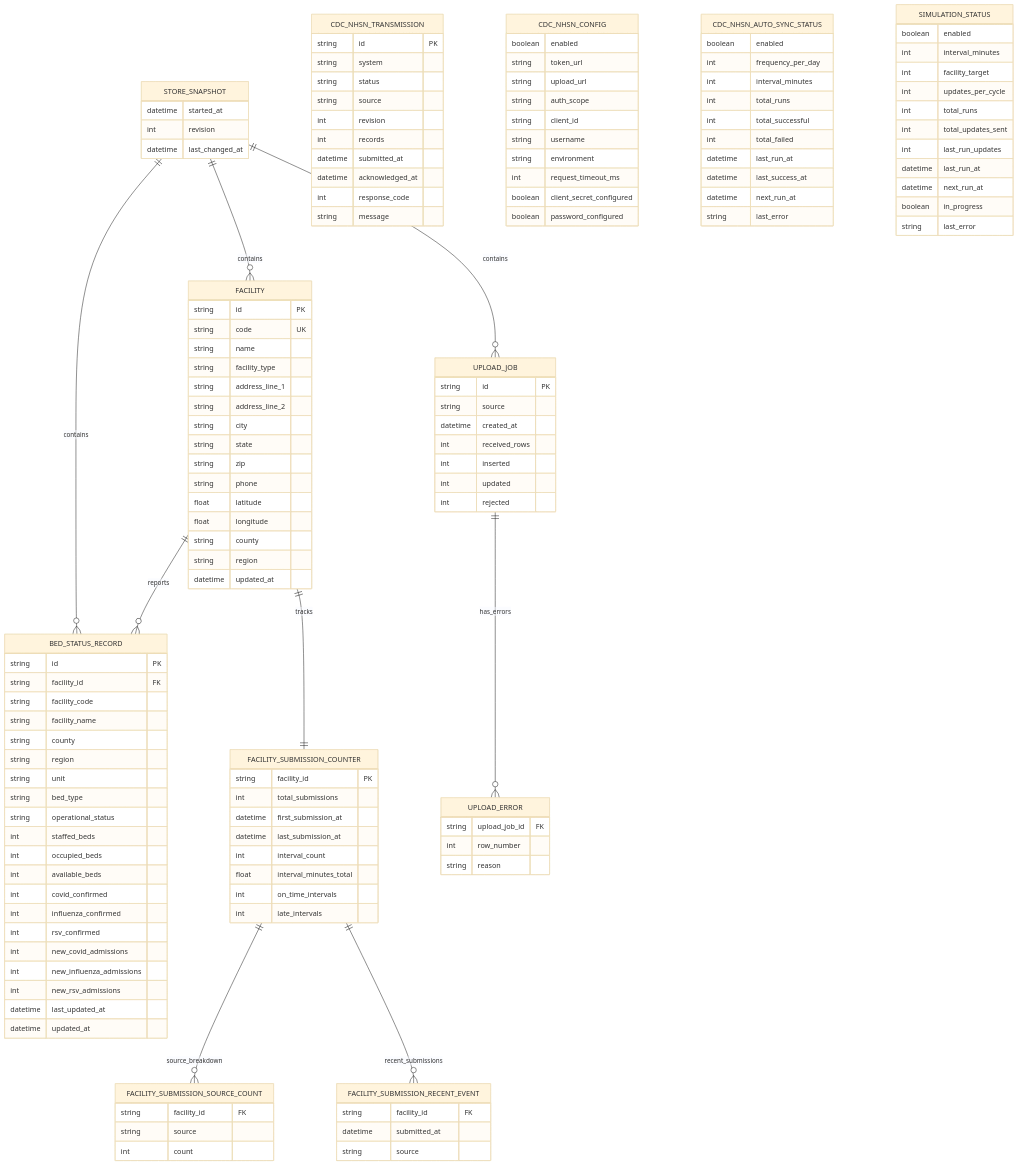
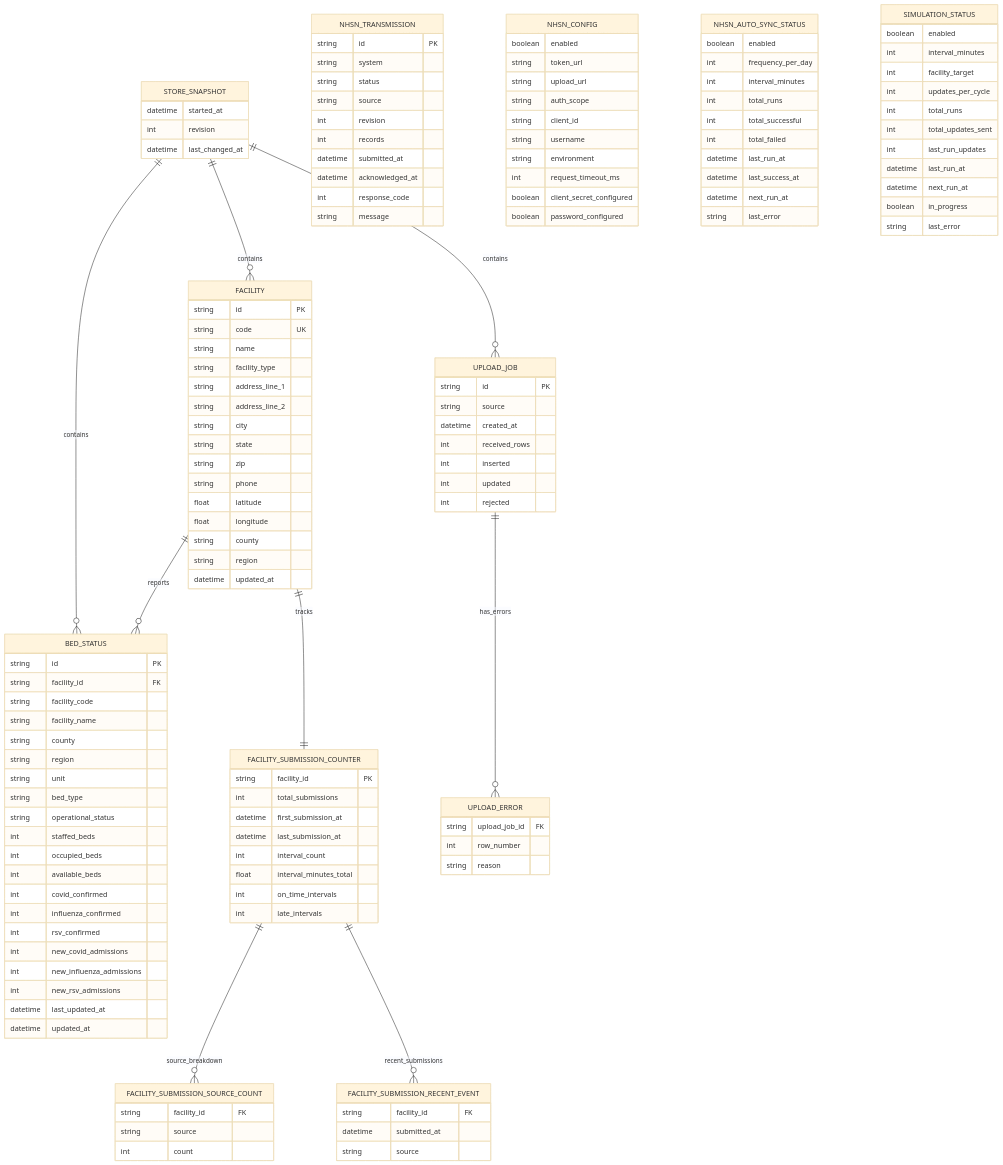
Before and after one commit to mcoen/hbeds: the diagram in docs/data-model-erd.mmd, drawn with Mermaid (base theme). The commit also changed 5 other files, not shown here.

```diff
--- a/docs/data-model-erd.mmd
+++ b/docs/data-model-erd.mmd
@@ -1,148 +1,148 @@
 erDiagram
   FACILITY {
     string id PK
     string code UK
     string name
     string facility_type
     string address_line_1
     string address_line_2
     string city
     string state
     string zip
     string phone
     float latitude
     float longitude
     string county
     string region
     datetime updated_at
   }
 
-  BED_STATUS_RECORD {
+  BED_STATUS {
     string id PK
     string facility_id FK
     string facility_code
     string facility_name
     string county
     string region
     string unit
     string bed_type
     string operational_status
     int staffed_beds
     int occupied_beds
     int available_beds
     int covid_confirmed
     int influenza_confirmed
     int rsv_confirmed
     int new_covid_admissions
     int new_influenza_admissions
     int new_rsv_admissions
     datetime last_updated_at
     datetime updated_at
   }
 
   FACILITY_SUBMISSION_COUNTER {
     string facility_id PK
     int total_submissions
     datetime first_submission_at
     datetime last_submission_at
     int interval_count
     float interval_minutes_total
     int on_time_intervals
     int late_intervals
   }
 
   FACILITY_SUBMISSION_SOURCE_COUNT {
     string facility_id FK
     string source
     int count
   }
 
   FACILITY_SUBMISSION_RECENT_EVENT {
     string facility_id FK
     datetime submitted_at
     string source
   }
 
   UPLOAD_JOB {
     string id PK
     string source
     datetime created_at
     int received_rows
     int inserted
     int updated
     int rejected
   }
 
   UPLOAD_ERROR {
     string upload_job_id FK
     int row_number
     string reason
   }
 
   STORE_SNAPSHOT {
     datetime started_at
     int revision
     datetime last_changed_at
   }
 
-  CDC_NHSN_TRANSMISSION {
+  NHSN_TRANSMISSION {
     string id PK
     string system
     string status
     string source
     int revision
     int records
     datetime submitted_at
     datetime acknowledged_at
     int response_code
     string message
   }
 
-  CDC_NHSN_CONFIG {
+  NHSN_CONFIG {
     boolean enabled
     string token_url
     string upload_url
     string auth_scope
     string client_id
     string username
     string environment
     int request_timeout_ms
     boolean client_secret_configured
     boolean password_configured
   }
 
-  CDC_NHSN_AUTO_SYNC_STATUS {
+  NHSN_AUTO_SYNC_STATUS {
     boolean enabled
     int frequency_per_day
     int interval_minutes
     int total_runs
     int total_successful
     int total_failed
     datetime last_run_at
     datetime last_success_at
     datetime next_run_at
     string last_error
   }
 
   SIMULATION_STATUS {
     boolean enabled
     int interval_minutes
     int facility_target
     int updates_per_cycle
     int total_runs
     int total_updates_sent
     int last_run_updates
     datetime last_run_at
     datetime next_run_at
     boolean in_progress
     string last_error
   }
 
   STORE_SNAPSHOT ||--o{ FACILITY : contains
-  STORE_SNAPSHOT ||--o{ BED_STATUS_RECORD : contains
+  STORE_SNAPSHOT ||--o{ BED_STATUS : contains
   STORE_SNAPSHOT ||--o{ UPLOAD_JOB : contains
-  FACILITY ||--o{ BED_STATUS_RECORD : reports
+  FACILITY ||--o{ BED_STATUS : reports
   FACILITY ||--|| FACILITY_SUBMISSION_COUNTER : tracks
   FACILITY_SUBMISSION_COUNTER ||--o{ FACILITY_SUBMISSION_SOURCE_COUNT : source_breakdown
   FACILITY_SUBMISSION_COUNTER ||--o{ FACILITY_SUBMISSION_RECENT_EVENT : recent_submissions
   UPLOAD_JOB ||--o{ UPLOAD_ERROR : has_errors
```
